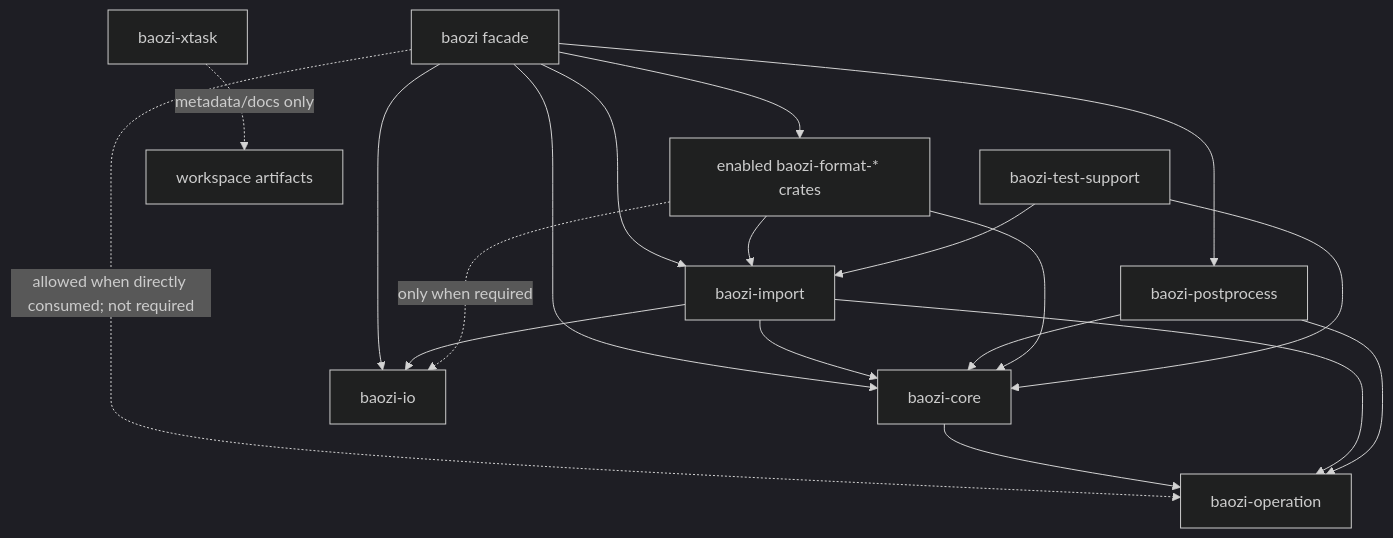
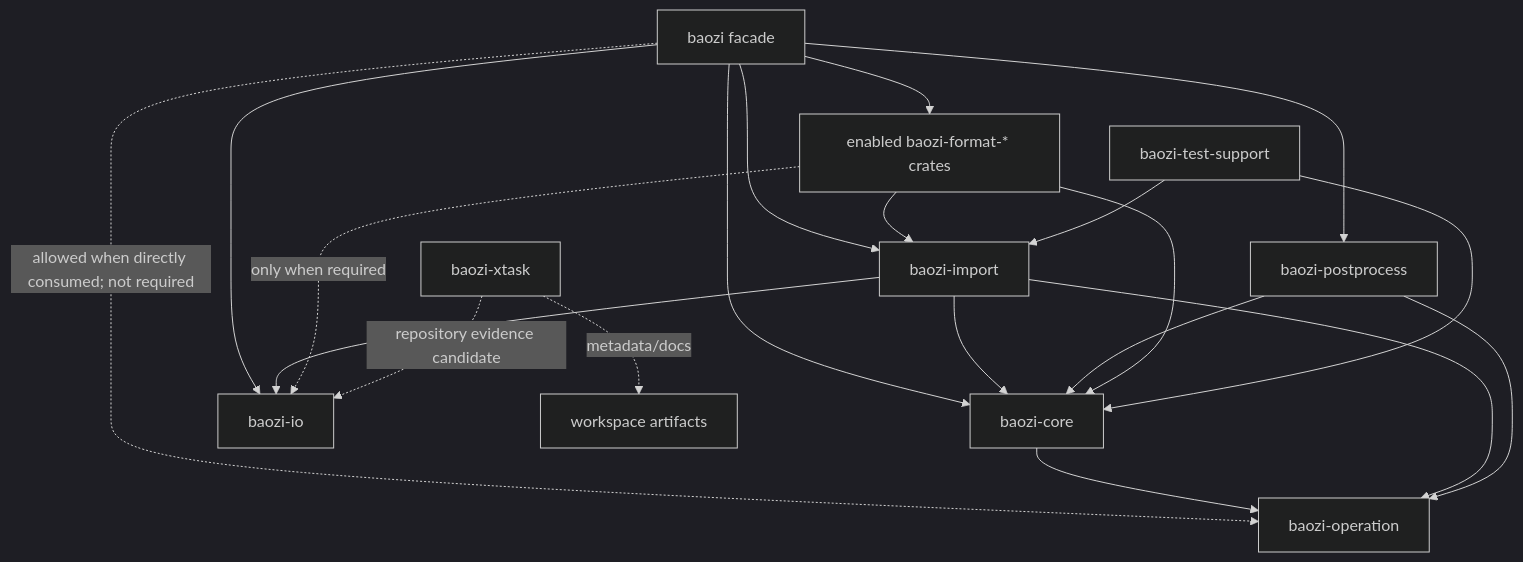
One commit to Latias94/baozi changed the diagram in docs/adr/0007-workspace-crate-graph-feature-flags-msrv-and-ci-gates.md. Above: the diagram before and after it, drawn with Mermaid (dark theme). The commit also changed other lines of this file and 35 other files, not shown here.

Commit message:
feat(u4c): bind repository evidence capture

````diff
--- a/docs/adr/0007-workspace-crate-graph-feature-flags-msrv-and-ci-gates.md
+++ b/docs/adr/0007-workspace-crate-graph-feature-flags-msrv-and-ci-gates.md
@@ -56,21 +57,22 @@
 ```mermaid
 flowchart TD
     Facade[baozi facade] --> Core[baozi-core]
     Facade --> IO[baozi-io]
     Facade --> Import[baozi-import]
     Facade -. allowed when directly consumed; not required .-> Operation[baozi-operation]
     Facade --> Post[baozi-postprocess]
     Facade --> Formats[enabled baozi-format-* crates]
     Core --> Operation
     Import --> Core
     Import --> IO
     Import --> Operation
     Post --> Core
     Post --> Operation
     Formats --> Core
     Formats --> Import
     Formats -. only when required .-> IO
-    Xtask[baozi-xtask] -. metadata/docs only .-> Workspace[workspace artifacts]
+    Xtask[baozi-xtask] -. metadata/docs .-> Workspace[workspace artifacts]
+    Xtask -. repository evidence candidate .-> IO
     Test[baozi-test-support] --> Core
     Test --> Import
 ```
````
